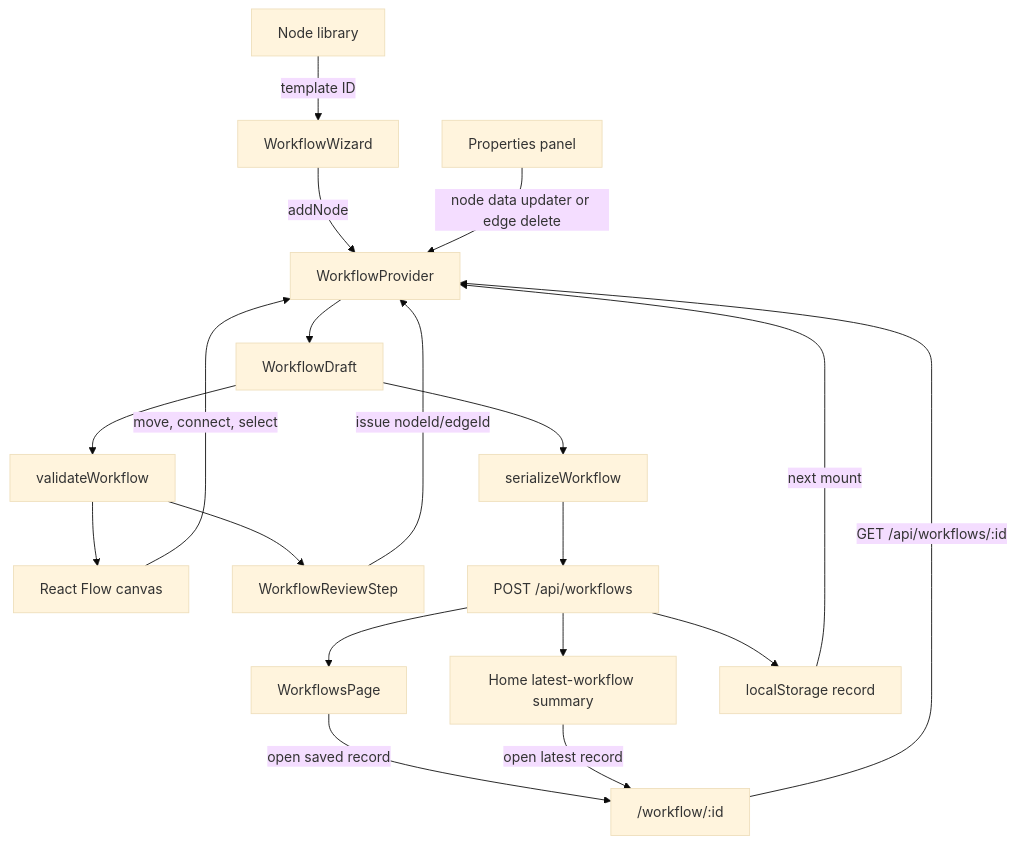
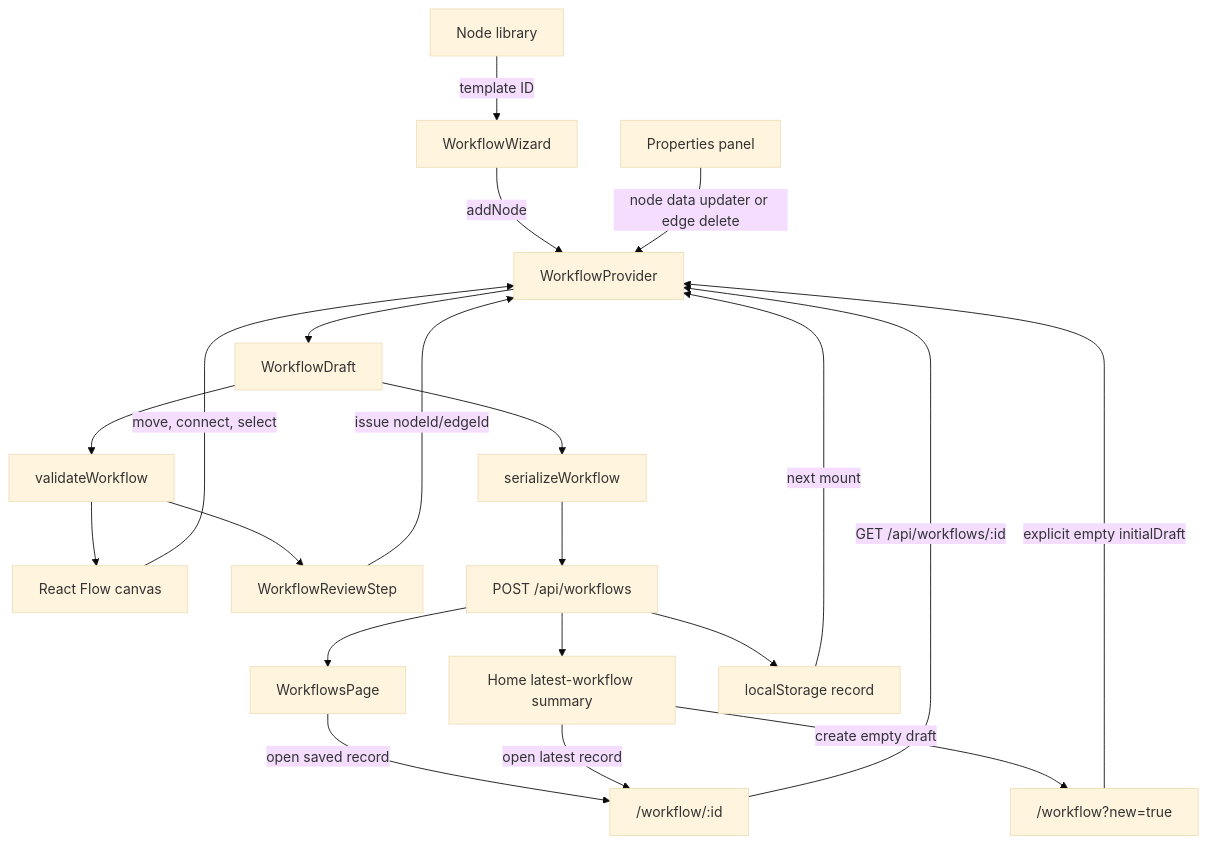
Before and after one commit to alezemelo/Baited: the diagram in docs/03-frontend-state-and-data-flow.md, drawn with Mermaid (base theme). The commit also changed other lines of this file and 11 other files, not shown here.

Commit message:
feat: implement Home CTA to create a new workflow and update routing logic

````diff
--- a/docs/03-frontend-state-and-data-flow.md
+++ b/docs/03-frontend-state-and-data-flow.md
@@ -26,21 +27,23 @@
 ```mermaid
 flowchart TD
   Library["Node library"] -->|template ID| Wizard["WorkflowWizard"]
   Wizard -->|addNode| Provider["WorkflowProvider"]
   Canvas["React Flow canvas"] -->|move, connect, select| Provider
   Inspector["Properties panel"] -->|node data updater or edge delete| Provider
   Provider --> Draft["WorkflowDraft"]
   Draft --> Validator["validateWorkflow"]
   Validator --> Canvas
   Validator --> Review["WorkflowReviewStep"]
   Review -->|issue nodeId/edgeId| Provider
   Draft --> Serializer["serializeWorkflow"]
   Serializer --> API["POST /api/workflows"]
   API --> Archive["WorkflowsPage"]
   API --> Home["Home latest-workflow summary"]
+  Home -->|create empty draft| NewRoute["/workflow?new=true"]
+  NewRoute -->|explicit empty initialDraft| Provider
   Archive -->|open saved record| IdRoute["/workflow/:id"]
   Home -->|open latest record| IdRoute
   IdRoute -->|GET /api/workflows/:id| Provider
   API --> Local["localStorage record"]
   Local -->|next mount| Provider
 ```
````
